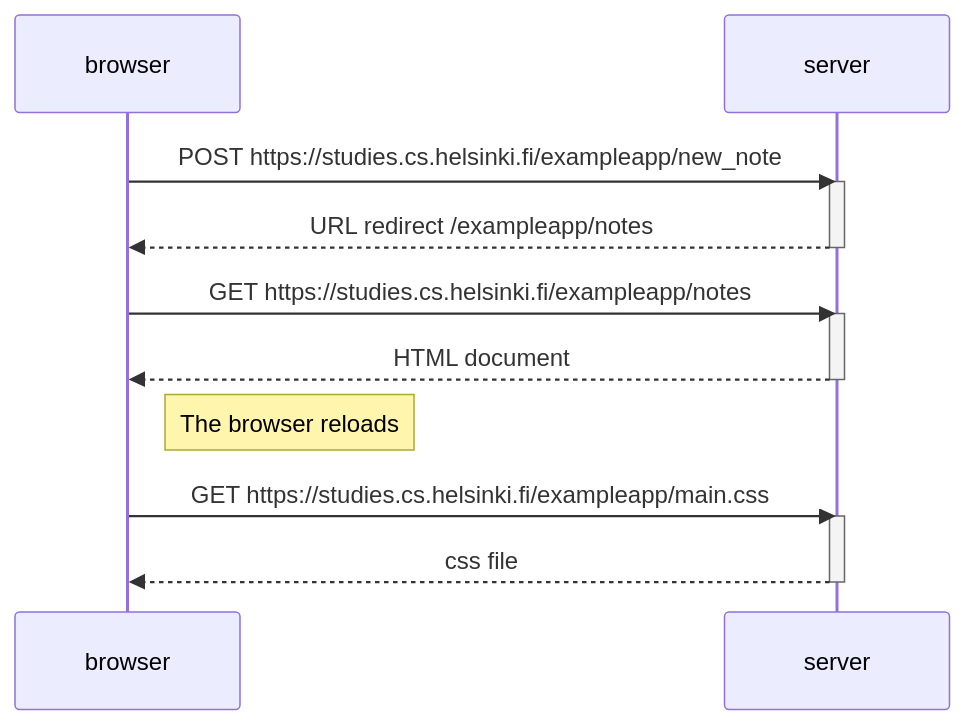
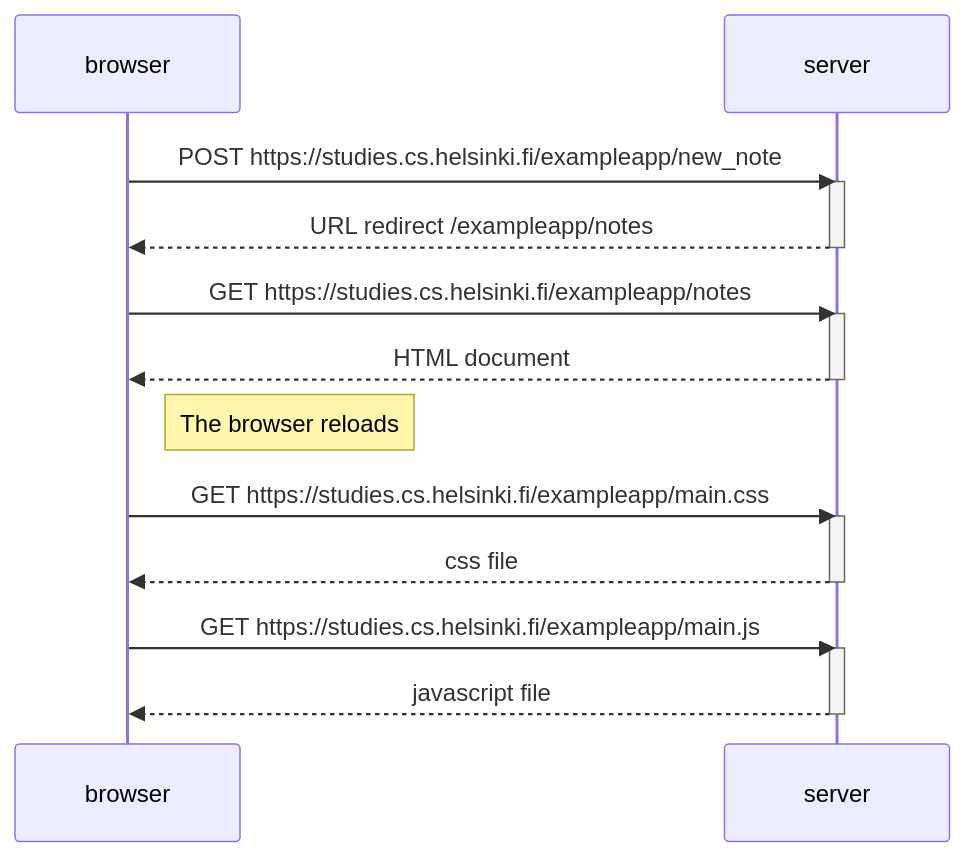
One commit to ngarciaotero/full_stack_open changed the diagram in part_0/new_note_diagram.md. Above: the diagram before and after it, drawn with Mermaid.

Commit message:
added broswer GET HTTP request for main.js file and the servers response

````diff
--- a/part_0/new_note_diagram.md
+++ b/part_0/new_note_diagram.md
@@ -1,23 +1,27 @@
 ```mermaid
 sequenceDiagram
     participant browser
     participant server
 
     browser->>server: POST https://studies.cs.helsinki.fi/exampleapp/new_note
     activate server
     server-->>browser: URL redirect /exampleapp/notes
     deactivate server
 
     browser->>server: GET https://studies.cs.helsinki.fi/exampleapp/notes
     activate server
     server-->>browser: HTML document
     deactivate server
 
     Note right of browser: The browser reloads
 
     browser->>server: GET https://studies.cs.helsinki.fi/exampleapp/main.css
     activate server
     server-->>browser: css file
     deactivate server
 
+    browser->>server: GET https://studies.cs.helsinki.fi/exampleapp/main.js
+    activate server
+    server-->>browser: javascript file
+    deactivate server
 ```
````
